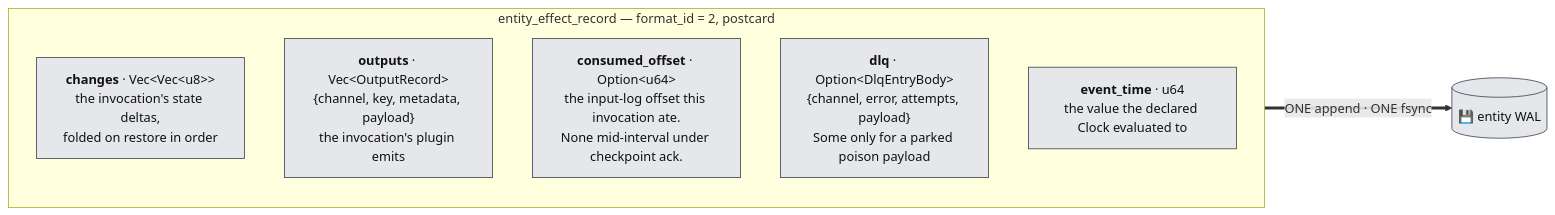
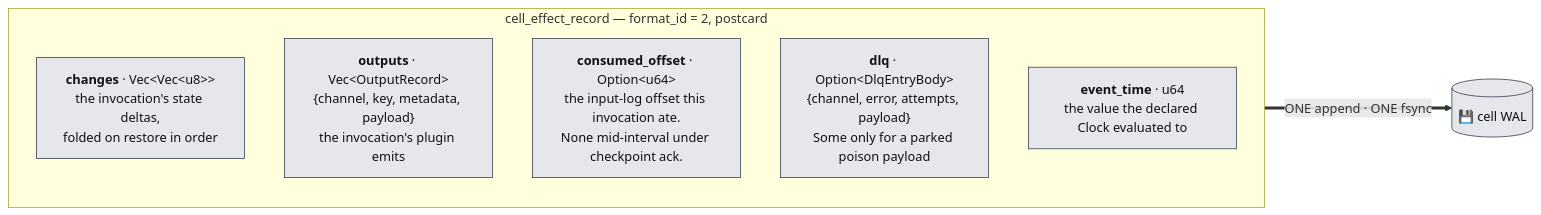
One commit to Flezha/flezha changed the second of 17 diagrams in docs/architecture/kernel.md. Above: the diagram before and after it, drawn with Mermaid. The commit also changed other lines of this file and 604 other files, not shown here.

First line of the commit message:
Rename Procedure to Tasklet and Entity to Cell

````diff
--- a/docs/architecture/kernel.md
+++ b/docs/architecture/kernel.md
@@ -111,13 +111,13 @@
 ```mermaid
 flowchart LR
-    subgraph REC["entity_effect_record — format_id = 2, postcard"]
+    subgraph REC["cell_effect_record — format_id = 2, postcard"]
         direction TB
         C1["<b>changes</b> · Vec&lt;Vec&lt;u8&gt;&gt;<br/>the invocation's state deltas,<br/>folded on restore in order"]:::store
         C2["<b>outputs</b> · Vec&lt;OutputRecord&gt;<br/>{channel, key, metadata, payload}<br/>the invocation's plugin emits"]:::store
         C3["<b>consumed_offset</b> · Option&lt;u64&gt;<br/>the input-log offset this invocation ate.<br/>None mid-interval under checkpoint ack."]:::store
         C4["<b>dlq</b> · Option&lt;DlqEntryBody&gt;<br/>{channel, error, attempts, payload}<br/>Some only for a parked poison payload"]:::store
         C5["<b>event_time</b> · u64<br/>the value the declared Clock evaluated to"]:::store
     end
-    REC ==>|"ONE append · ONE fsync"| WAL[("💾 entity WAL")]:::store
+    REC ==>|"ONE append · ONE fsync"| WAL[("💾 cell WAL")]:::store
     classDef store fill:#e5e7eb,stroke:#374151,color:#111
 ```
````
